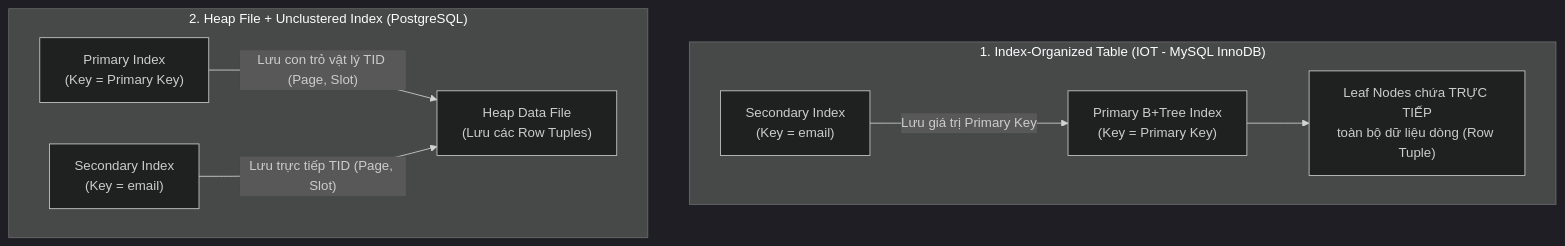
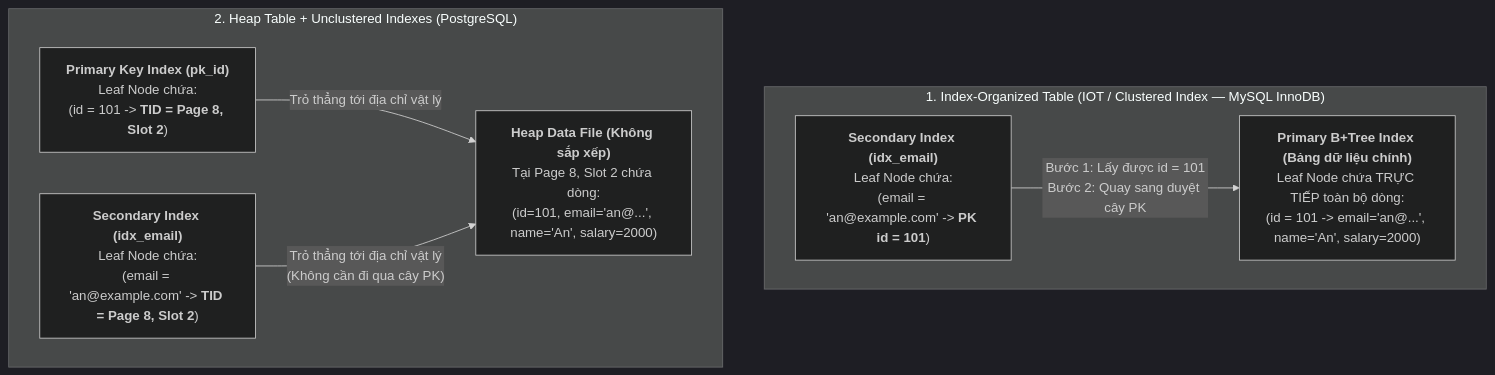
One commit to namaewanam/namaewanam.github.io changed the second of 2 diagrams in docs/Database-Internals-Notes/database-internals-chapter1.vi.md. Above: the diagram before and after it, drawn with Mermaid (dark theme). The commit also changed other lines of this file and 29 other files, not shown here.

````diff
--- a/docs/Database-Internals-Notes/database-internals-chapter1.vi.md
+++ b/docs/Database-Internals-Notes/database-internals-chapter1.vi.md
@@ -112,11 +225,10 @@
 ```mermaid
 flowchart TB
-    subgraph IOT["1. Index-Organized Table (IOT - MySQL InnoDB)"]
-        PK1["Primary B+Tree Index<br/>(Key = Primary Key)"] --> Leaf1["Leaf Nodes chứa TRỰC TIẾP<br/>toàn bộ dữ liệu dòng (Row Tuple)"]
-        Sec1["Secondary Index<br/>(Key = email)"] -->|"Lưu giá trị Primary Key"| PK1
+    subgraph IOT["1. Index-Organized Table (IOT / Clustered Index — MySQL InnoDB)"]
+        Sec1["<b>Secondary Index (idx_email)</b><br/>Leaf Node chứa:<br/>(email = 'an@example.com' -> <b>PK id = 101</b>)"] -->|"Bước 1: Lấy được id = 101<br/>Bước 2: Quay sang duyệt cây PK"| PK1["<b>Primary B+Tree Index (Bảng dữ liệu chính)</b><br/>Leaf Node chứa TRỰC TIẾP toàn bộ dòng:<br/>(id = 101 -> email='an@...', name='An', salary=2000)"]
     end
-    subgraph Heap["2. Heap File + Unclustered Index (PostgreSQL)"]
-        PK2["Primary Index<br/>(Key = Primary Key)"] -->|"Lưu con trỏ vật lý TID (Page, Slot)"| HeapFile["Heap Data File<br/>(Lưu các Row Tuples)"]
-        Sec2["Secondary Index<br/>(Key = email)"] -->|"Lưu trực tiếp TID (Page, Slot)"| HeapFile
+    subgraph Heap["2. Heap Table + Unclustered Indexes (PostgreSQL)"]
+        PK2["<b>Primary Key Index (pk_id)</b><br/>Leaf Node chứa:<br/>(id = 101 -> <b>TID = Page 8, Slot 2</b>)"] -->|"Trỏ thẳng tới địa chỉ vật lý"| HeapFile["<b>Heap Data File (Không sắp xếp)</b><br/>Tại Page 8, Slot 2 chứa dòng:<br/>(id=101, email='an@...', name='An', salary=2000)"]
+        Sec2["<b>Secondary Index (idx_email)</b><br/>Leaf Node chứa:<br/>(email = 'an@example.com' -> <b>TID = Page 8, Slot 2</b>)"] -->|"Trỏ thẳng tới địa chỉ vật lý<br/>(Không cần đi qua cây PK)"| HeapFile
     end
 ```
````
